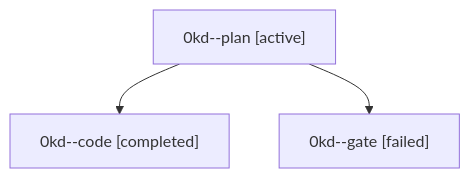
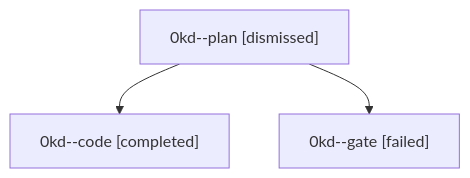
One commit to sase-org/sase--agents changed the diagram in sessions/bbugyi200.athena.0kd.md. Above: the diagram before and after it, drawn with Mermaid. The commit also changed other lines of this file and 28 other files, not shown here.

````diff
--- a/sessions/bbugyi200.athena.0kd.md
+++ b/sessions/bbugyi200.athena.0kd.md
@@ -9,8 +9,8 @@
 ```mermaid
 flowchart TD
-  n0["0kd--plan [active]"]
+  n0["0kd--plan [dismissed]"]
   n1["0kd--code [completed]"]
   n0 --> n1
   n2["0kd--gate [failed]"]
   n0 --> n2
 ```
````
